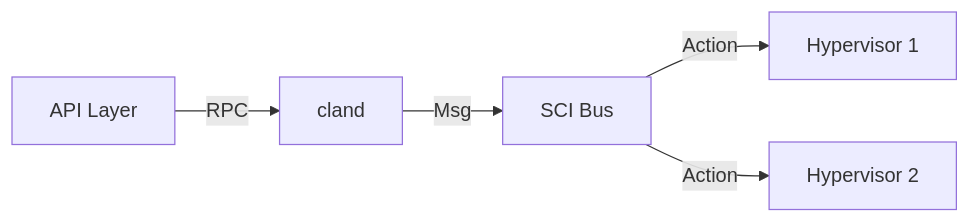
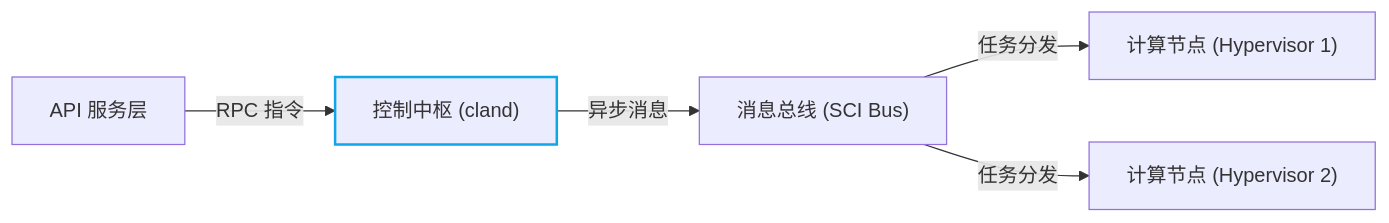
Before and after one commit to threen134/cloudland: the diagram in docs/architecture/control-plane.md, drawn with Mermaid. The commit also changed 30 other files, not shown here.

Commit message:
docs: remove legacy D2 dependency and unify diagrams with Mermaid, update API references

````diff
--- a/docs/architecture/control-plane.md
+++ b/docs/architecture/control-plane.md
@@ -17,7 +17,14 @@
 ```mermaid
 graph LR
-    API[API Layer] -->|RPC| CLAND[cland]
-    CLAND -->|Msg| SCI[SCI Bus]
-    SCI -->|Action| HYP1[Hypervisor 1]
-    SCI -->|Action| HYP2[Hypervisor 2]
+    API["API 服务层"]
+    CLAND["控制中枢 (cland)"]
+    style CLAND stroke:#0ea5e9,stroke-width:2px
+    SCI["消息总线 (SCI Bus)"]
+    HYP1["计算节点 (Hypervisor 1)"]
+    HYP2["计算节点 (Hypervisor 2)"]
+
+    API -->|RPC 指令| CLAND
+    CLAND -->|异步消息| SCI
+    SCI -->|任务分发| HYP1
+    SCI -->|任务分发| HYP2
 ```
````
